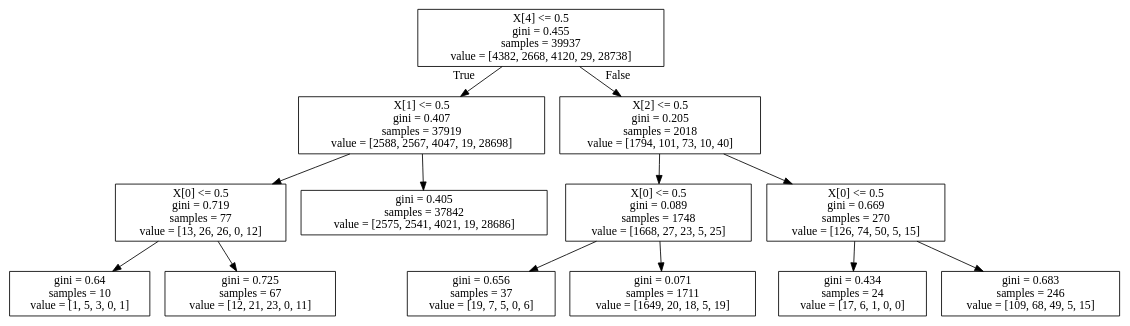
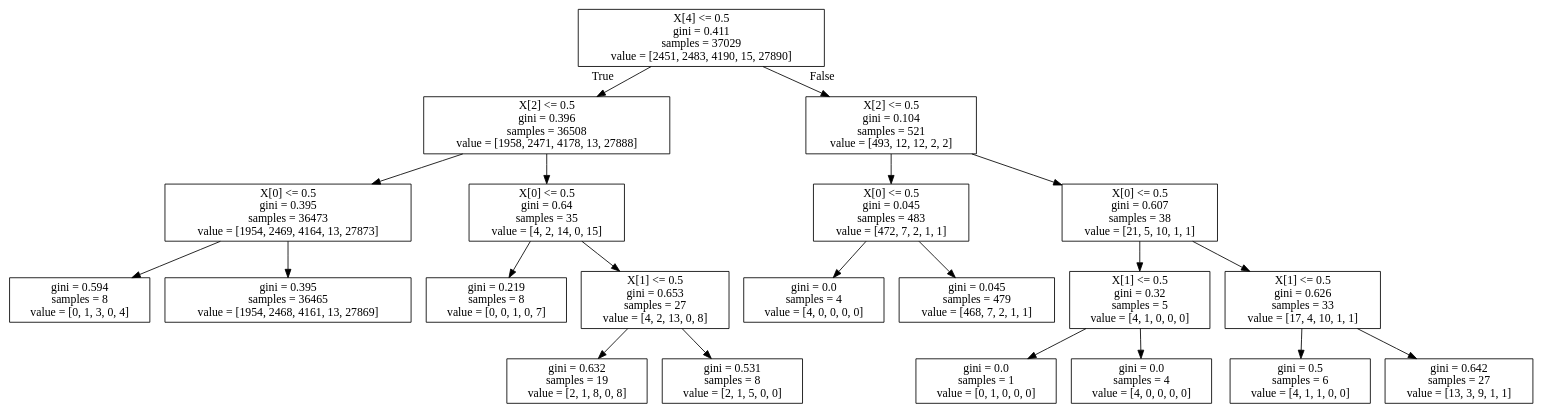
One commit to jesbu1/viper changed the diagram in data/karel/ppo/0000r4+env_task=topOff+max_depth=15+n_batch_rollou=10+max_samples=100000+max_iters=80+train_frac=0.8+is_reweight=False0.750.75/dt_policy.dot. Above: the diagram before and after it, drawn with Graphviz. The commit also changed 17 other files, not shown here.

```diff
--- a/data/karel/ppo/0000r4+env_task=topOff+max_depth=15+n_batch_rollou=10+max_samples=100000+max_iters=80+train_frac=0.8+is_reweight=False0.750.75/dt_policy.dot
+++ b/data/karel/ppo/0000r4+env_task=topOff+max_depth=15+n_batch_rollou=10+max_samples=100000+max_iters=80+train_frac=0.8+is_reweight=False0.750.75/dt_policy.dot
@@ -1,28 +1,44 @@
 digraph Tree {
 node [shape=box] ;
-0 [label="X[4] <= 0.5\ngini = 0.455\nsamples = 39937\nvalue = [4382, 2668, 4120, 29, 28738]"] ;
-1 [label="X[1] <= 0.5\ngini = 0.407\nsamples = 37919\nvalue = [2588, 2567, 4047, 19, 28698]"] ;
+0 [label="X[4] <= 0.5\ngini = 0.411\nsamples = 37029\nvalue = [2451, 2483, 4190, 15, 27890]"] ;
+1 [label="X[2] <= 0.5\ngini = 0.396\nsamples = 36508\nvalue = [1958, 2471, 4178, 13, 27888]"] ;
 0 -> 1 [labeldistance=2.5, labelangle=45, headlabel="True"] ;
-2 [label="X[0] <= 0.5\ngini = 0.719\nsamples = 77\nvalue = [13, 26, 26, 0, 12]"] ;
+2 [label="X[0] <= 0.5\ngini = 0.395\nsamples = 36473\nvalue = [1954, 2469, 4164, 13, 27873]"] ;
 1 -> 2 ;
-3 [label="gini = 0.64\nsamples = 10\nvalue = [1, 5, 3, 0, 1]"] ;
+3 [label="gini = 0.594\nsamples = 8\nvalue = [0, 1, 3, 0, 4]"] ;
 2 -> 3 ;
-4 [label="gini = 0.725\nsamples = 67\nvalue = [12, 21, 23, 0, 11]"] ;
+4 [label="gini = 0.395\nsamples = 36465\nvalue = [1954, 2468, 4161, 13, 27869]"] ;
 2 -> 4 ;
-5 [label="gini = 0.405\nsamples = 37842\nvalue = [2575, 2541, 4021, 19, 28686]"] ;
+5 [label="X[0] <= 0.5\ngini = 0.64\nsamples = 35\nvalue = [4, 2, 14, 0, 15]"] ;
 1 -> 5 ;
-6 [label="X[2] <= 0.5\ngini = 0.205\nsamples = 2018\nvalue = [1794, 101, 73, 10, 40]"] ;
-0 -> 6 [labeldistance=2.5, labelangle=-45, headlabel="False"] ;
-7 [label="X[0] <= 0.5\ngini = 0.089\nsamples = 1748\nvalue = [1668, 27, 23, 5, 25]"] ;
-6 -> 7 ;
-8 [label="gini = 0.656\nsamples = 37\nvalue = [19, 7, 5, 0, 6]"] ;
+6 [label="gini = 0.219\nsamples = 8\nvalue = [0, 0, 1, 0, 7]"] ;
+5 -> 6 ;
+7 [label="X[1] <= 0.5\ngini = 0.653\nsamples = 27\nvalue = [4, 2, 13, 0, 8]"] ;
+5 -> 7 ;
+8 [label="gini = 0.632\nsamples = 19\nvalue = [2, 1, 8, 0, 8]"] ;
 7 -> 8 ;
-9 [label="gini = 0.071\nsamples = 1711\nvalue = [1649, 20, 18, 5, 19]"] ;
+9 [label="gini = 0.531\nsamples = 8\nvalue = [2, 1, 5, 0, 0]"] ;
 7 -> 9 ;
-10 [label="X[0] <= 0.5\ngini = 0.669\nsamples = 270\nvalue = [126, 74, 50, 5, 15]"] ;
-6 -> 10 ;
-11 [label="gini = 0.434\nsamples = 24\nvalue = [17, 6, 1, 0, 0]"] ;
+10 [label="X[2] <= 0.5\ngini = 0.104\nsamples = 521\nvalue = [493, 12, 12, 2, 2]"] ;
+0 -> 10 [labeldistance=2.5, labelangle=-45, headlabel="False"] ;
+11 [label="X[0] <= 0.5\ngini = 0.045\nsamples = 483\nvalue = [472, 7, 2, 1, 1]"] ;
 10 -> 11 ;
-12 [label="gini = 0.683\nsamples = 246\nvalue = [109, 68, 49, 5, 15]"] ;
-10 -> 12 ;
+12 [label="gini = 0.0\nsamples = 4\nvalue = [4, 0, 0, 0, 0]"] ;
+11 -> 12 ;
+13 [label="gini = 0.045\nsamples = 479\nvalue = [468, 7, 2, 1, 1]"] ;
+11 -> 13 ;
+14 [label="X[0] <= 0.5\ngini = 0.607\nsamples = 38\nvalue = [21, 5, 10, 1, 1]"] ;
+10 -> 14 ;
+15 [label="X[1] <= 0.5\ngini = 0.32\nsamples = 5\nvalue = [4, 1, 0, 0, 0]"] ;
+14 -> 15 ;
+16 [label="gini = 0.0\nsamples = 1\nvalue = [0, 1, 0, 0, 0]"] ;
+15 -> 16 ;
+17 [label="gini = 0.0\nsamples = 4\nvalue = [4, 0, 0, 0, 0]"] ;
+15 -> 17 ;
+18 [label="X[1] <= 0.5\ngini = 0.626\nsamples = 33\nvalue = [17, 4, 10, 1, 1]"] ;
+14 -> 18 ;
+19 [label="gini = 0.5\nsamples = 6\nvalue = [4, 1, 1, 0, 0]"] ;
+18 -> 19 ;
+20 [label="gini = 0.642\nsamples = 27\nvalue = [13, 3, 9, 1, 1]"] ;
+18 -> 20 ;
 }
```
